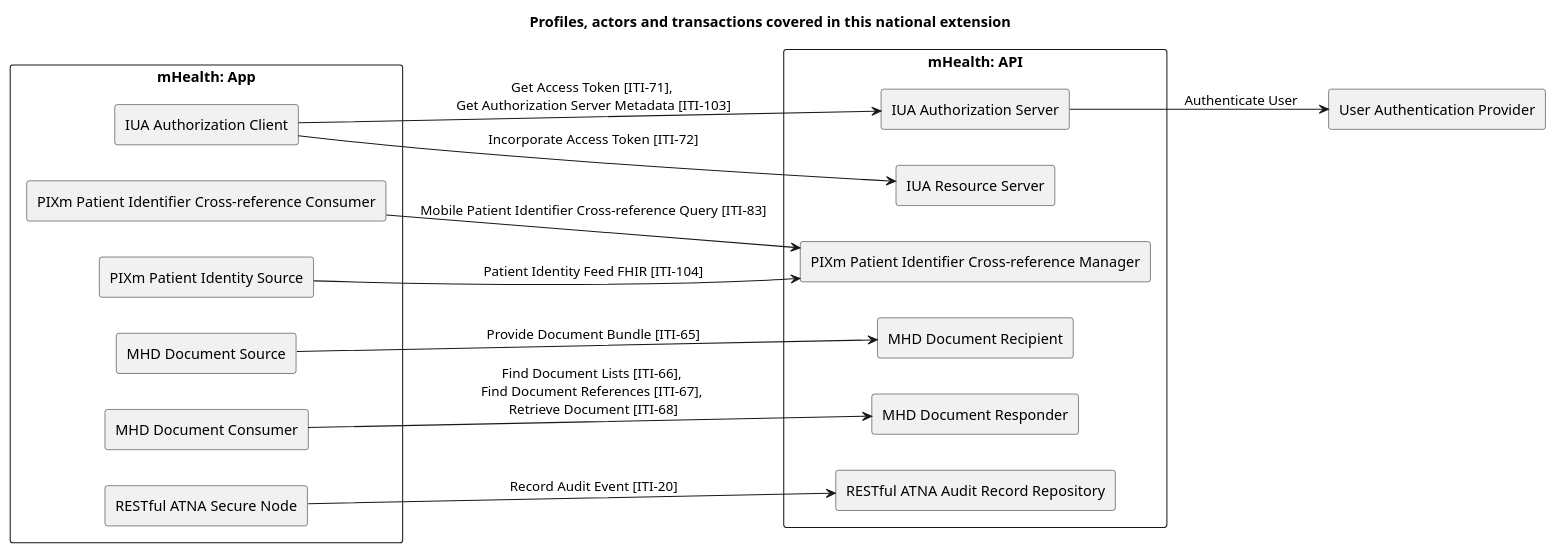
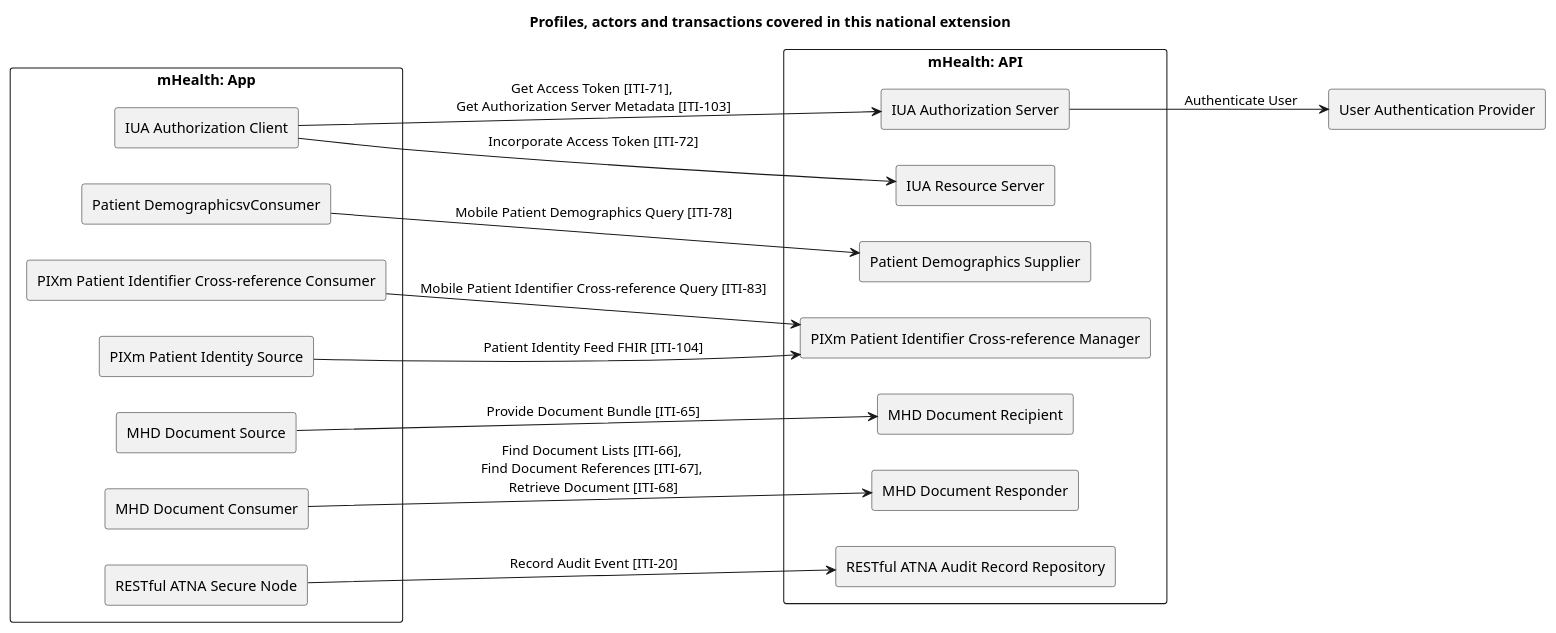
Before and after one commit to ehealthsuisse/ch-epr-fhir: the diagram in input/images-source/overview.plantuml, drawn with PlantUML. The commit also changed 16 other files, not shown here.

```diff
--- a/input/images-source/overview.plantuml
+++ b/input/images-source/overview.plantuml
@@ -1,45 +1,50 @@
 @startuml
 
 title **Profiles, actors and transactions covered in this national extension**
 
 skinparam componentStyle rectangle
 skinparam svgDimensionStyle false
 
 left to right direction
 
 component "mHealth: App" {
   [IUA Authorization Client] as IUAClient
+
+  [Patient DemographicsvConsumer] as PDQmConsumer
 
   [PIXm Patient Identifier Cross-reference Consumer] as PIXmConsumer
   [PIXm Patient Identity Source] as PIXmSource
 
   [MHD Document Source] as MHDSource
   [MHD Document Consumer] as MHDConsumer
 
   [RESTful ATNA Secure Node] as ATNANode
 }
 
 component "mHealth: API" {
   [IUA Authorization Server] as IUAAuthServer
   IUAClient -> IUAAuthServer : Get Access Token [ITI-71], \nGet Authorization Server Metadata [ITI-103]
   [IUA Resource Server] as IUAResourceServer
   IUAClient --> IUAResourceServer : Incorporate Access Token [ITI-72]
+
+  [Patient Demographics Supplier] as PDQmSupplier
+  PDQmConsumer --> PDQmSupplier : Mobile Patient Demographics Query [ITI-78]
 
   [PIXm Patient Identifier Cross-reference Manager] as PIXmManager
   PIXmConsumer --> PIXmManager : Mobile Patient Identifier Cross-reference Query [ITI-83]
   PIXmSource --> PIXmManager : Patient Identity Feed FHIR [ITI-104]
 
   [MHD Document Recipient] as MHDRecipient
   MHDSource --> MHDRecipient : Provide Document Bundle [ITI-65]
 
   [MHD Document Responder] as MHDResponder
   MHDConsumer --> MHDResponder : Find Document Lists [ITI-66], \nFind Document References [ITI-67], \nRetrieve Document [ITI-68] 
 
   [RESTful ATNA Audit Record Repository] as ATNARepository
   ATNANode --> ATNARepository : Record Audit Event [ITI-20]
 }
 
 [User Authentication Provider] as UAProvider
 IUAAuthServer --> UAProvider : Authenticate User
 
 @enduml
```
